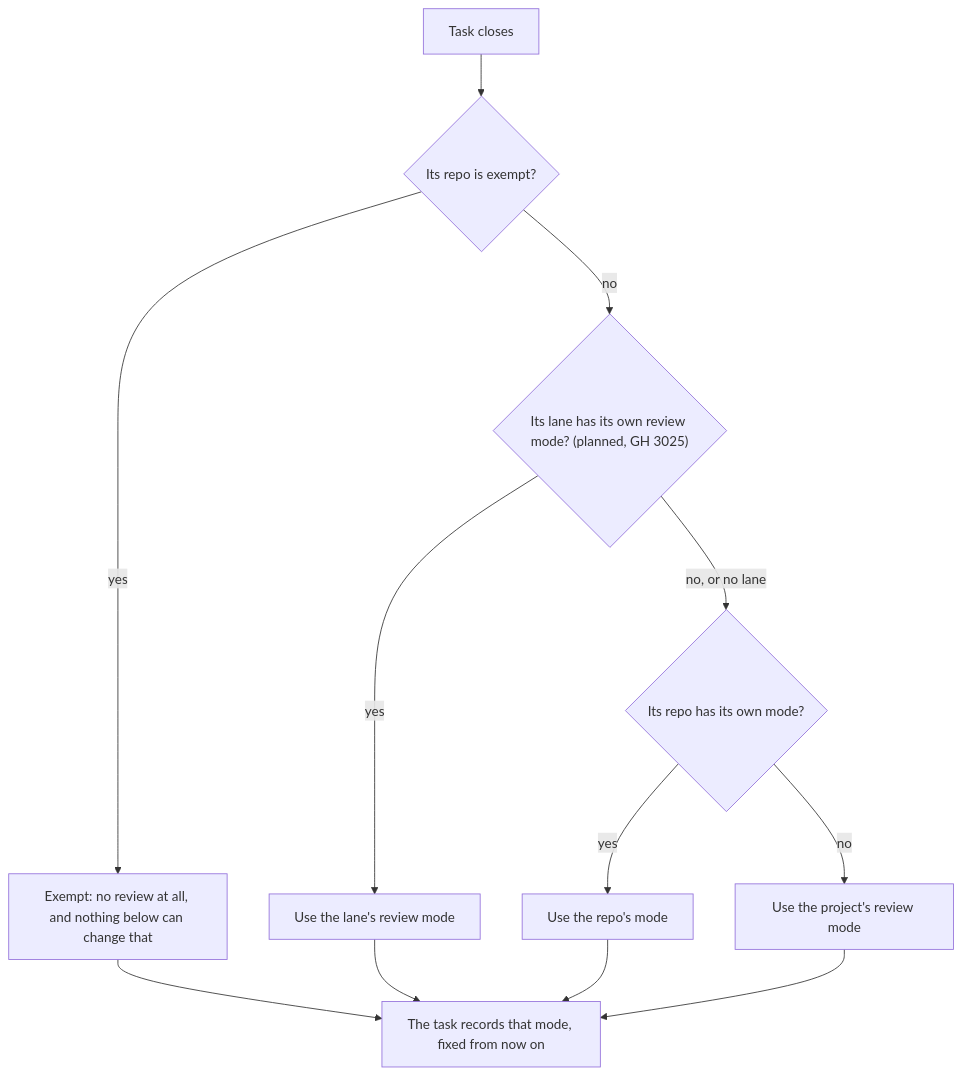
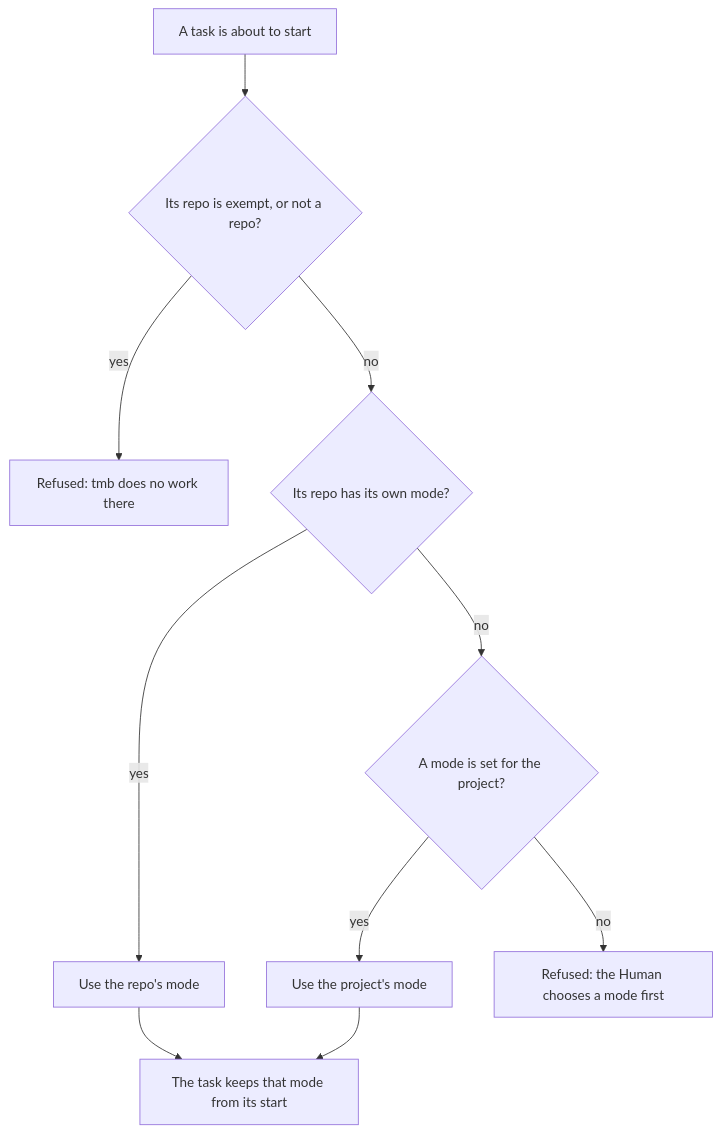
The first of 8 diagrams in docs/architecture/AGILE.md (trustmybot/tmb), drawn with Mermaid before and after one commit. The commit also changed other lines of this file and 38 other files, not shown here.

````diff
--- a/docs/architecture/AGILE.md
+++ b/docs/architecture/AGILE.md
@@ -22,14 +24,12 @@
 ```mermaid
 flowchart TD
-    A[Task closes] --> E{Its repo is exempt?}
-    E -- yes --> EX[Exempt: no review at all, and nothing below can change that]
-    E -- no --> B{"Its lane has its own review mode? (planned, GH 3025)"}
-    B -- yes --> L[Use the lane's review mode]
-    B -- no, or no lane --> R{Its repo has its own mode?}
-    R -- yes --> RM[Use the repo's mode]
-    R -- no --> P[Use the project's review mode]
-    EX --> T[The task records that mode, fixed from now on]
-    L --> T
-    RM --> T
-    P --> T
+    A[A task is about to start] --> E{Its repo is exempt, or not a repo?}
+    E -- yes --> EX[Refused: tmb does no work there]
+    E -- no --> R{Its repo has its own mode?}
+    R -- yes --> RM["Use the repo's mode"]
+    R -- no --> P{"A mode is set for the project?"}
+    P -- yes --> PM["Use the project's mode"]
+    P -- no --> X[Refused: the Human chooses a mode first]
+    RM --> T[The task keeps that mode from its start]
+    PM --> T
 ```
````
